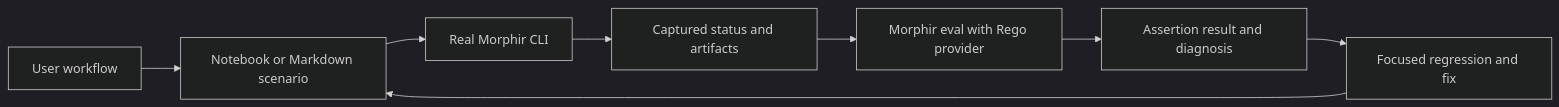
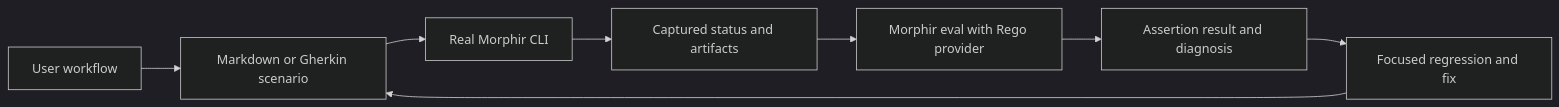
The diagram in kb/bundles/morphir/morphir-cli/example-driven-validation.md (finos/morphir), drawn with Mermaid (dark theme) before and after one commit. The commit also changed other lines of this file and 42 other files, not shown here.

````diff
--- a/kb/bundles/morphir/morphir-cli/example-driven-validation.md
+++ b/kb/bundles/morphir/morphir-cli/example-driven-validation.md
@@ -68,10 +72,10 @@
 ```mermaid
 flowchart LR
-    Workflow[User workflow] --> Notebook[Notebook or Markdown scenario]
-    Notebook --> CLI[Real Morphir CLI]
+    Workflow[User workflow] --> Scenario[Markdown or Gherkin scenario]
+    Scenario --> CLI[Real Morphir CLI]
     CLI --> Observation[Captured status and artifacts]
     Observation --> Eval[Morphir eval with Rego provider]
     Eval --> Diagnosis[Assertion result and diagnosis]
     Diagnosis --> Fix[Focused regression and fix]
-    Fix --> Notebook
+    Fix --> Scenario
 ```
````
